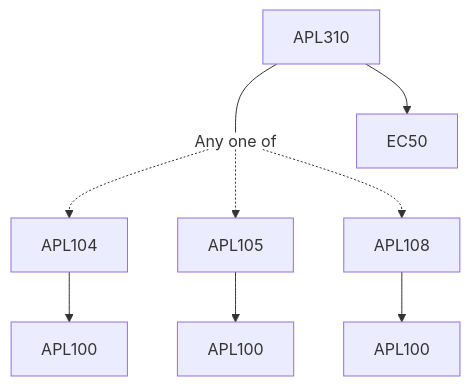
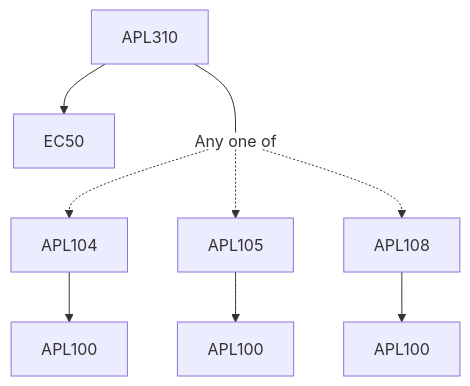
The diagram in content/Applied Mechanics/APL310.md (KeshavBansal0122/CoS_Website), drawn with Mermaid before and after one commit. The commit also changed other lines of this file and 2667 other files, not shown here.

````diff
--- a/content/Applied Mechanics/APL310.md
+++ b/content/Applied Mechanics/APL310.md
@@ -15,15 +13,15 @@
 ```mermaid
 flowchart TD
-APL310-226[APL310]
-APL310-226 --- Or227[Any one of]:::empty
-APL104-228 --> APL100-228[APL100]
-Or227 -.-> APL104-228[APL104]
-APL105-229 --> APL100-229[APL100]
-Or227 -.-> APL105-229[APL105]
-APL108-230 --> APL100-230[APL100]
-Or227 -.-> APL108-230[APL108]
-APL310-226 --> EC50-226[EC50]
+APL310-1268[APL310]
+APL310-1268 --> EC50-1268[EC50]
+APL310-1268 --- Or1269[Any one of]:::empty
+APL104-1270 --> APL100-1270[APL100]
+Or1269 -.-> APL104-1270[APL104]
+APL105-1271 --> APL100-1271[APL100]
+Or1269 -.-> APL105-1271[APL105]
+Or1269 -.-> APL108-1272[APL108]
+APL108-1272 --> APL100-1272[APL100]
 
 classDef empty height:17px, fill:transparent, stroke:transparent;
 classDef trueEmpty height:0px, width:0px;
 ```
````
